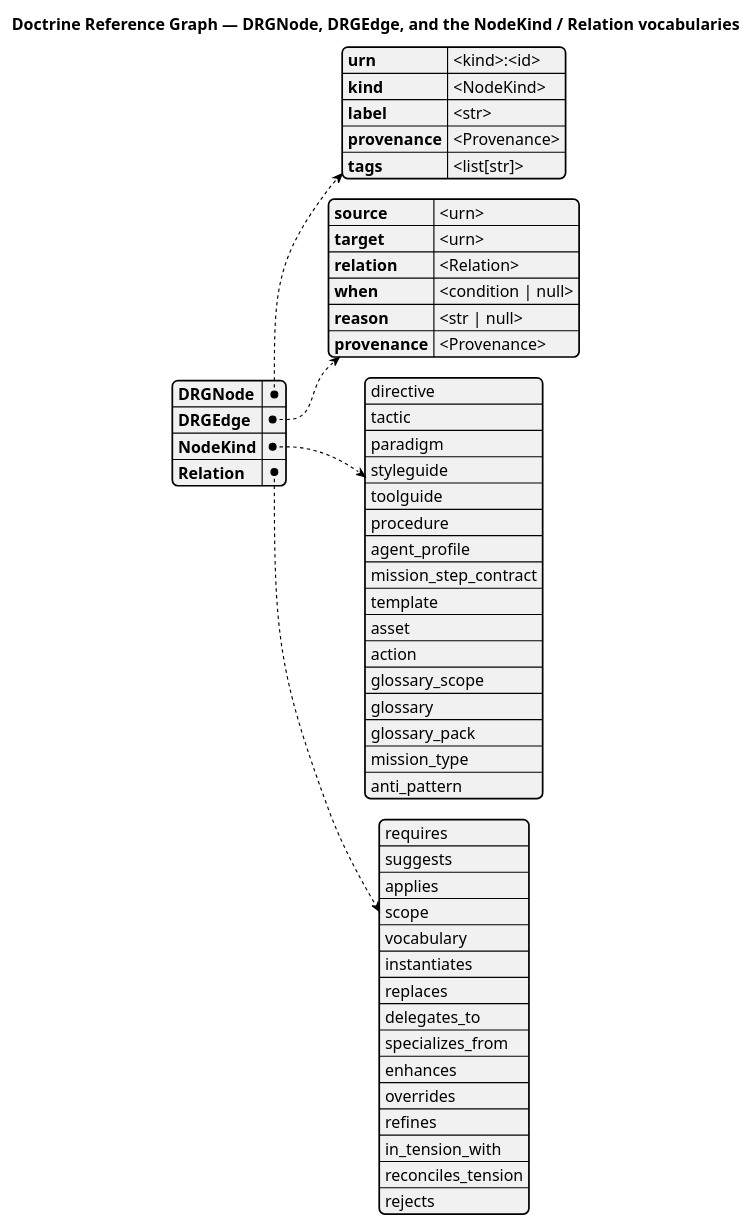
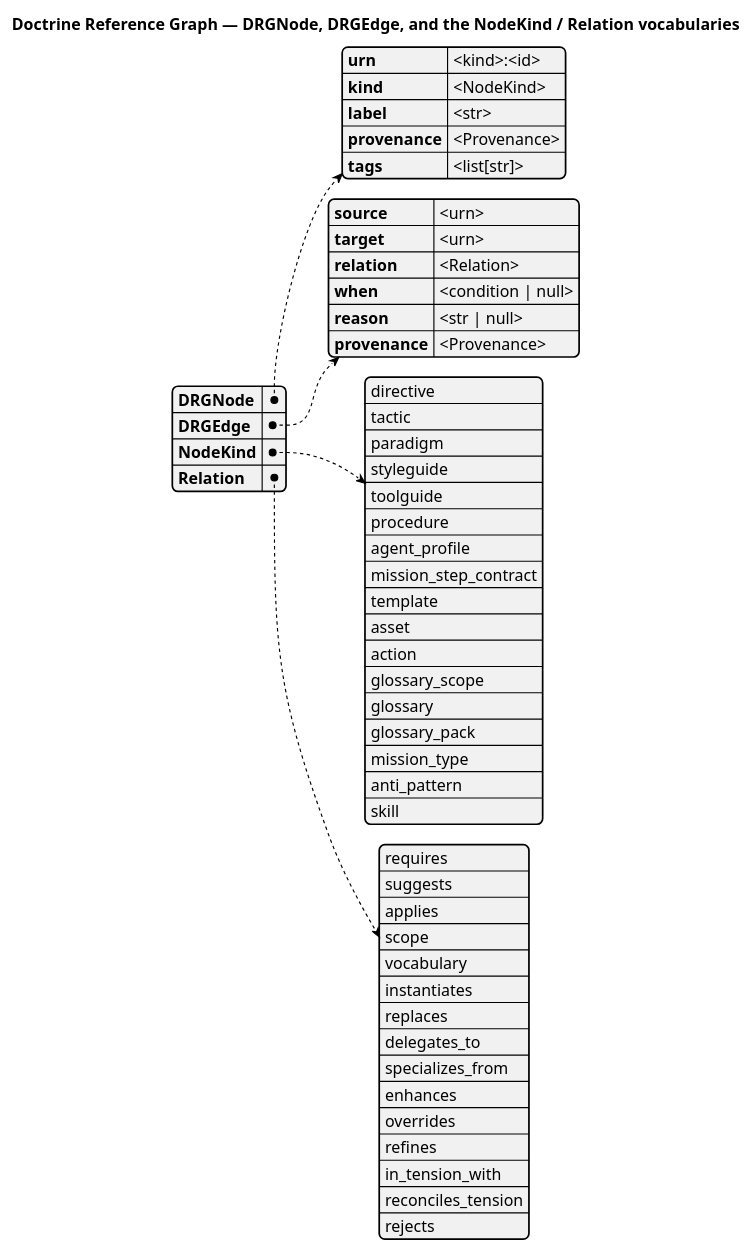
Before and after one commit to anushkaanair/spec-kitty: the diagram in docs/architecture/doctrine-relationships.md, drawn with PlantUML. The commit also changed 14 other files, not shown here.

````diff
--- a/docs/architecture/doctrine-relationships.md
+++ b/docs/architecture/doctrine-relationships.md
@@ -43,51 +43,52 @@
 ```plantuml
 @startyaml
 title Doctrine Reference Graph — DRGNode, DRGEdge, and the NodeKind / Relation vocabularies
 DRGNode:
   urn: "<kind>:<id>"
   kind: "<NodeKind>"
   label: "<str>"
   provenance: "<Provenance>"
   tags: "<list[str]>"
 DRGEdge:
   source: "<urn>"
   target: "<urn>"
   relation: "<Relation>"
   when: "<condition | null>"
   reason: "<str | null>"
   provenance: "<Provenance>"
 NodeKind:
   - directive
   - tactic
   - paradigm
   - styleguide
   - toolguide
   - procedure
   - agent_profile
   - mission_step_contract
   - template
   - asset
   - action
   - glossary_scope
   - glossary
   - glossary_pack
   - mission_type
   - anti_pattern
+  - skill
 Relation:
   - requires
   - suggests
   - applies
   - scope
   - vocabulary
   - instantiates
   - replaces
   - delegates_to
   - specializes_from
   - enhances
   - overrides
   - refines
   - in_tension_with
   - reconciles_tension
   - rejects
 @endyaml
 ```
````
